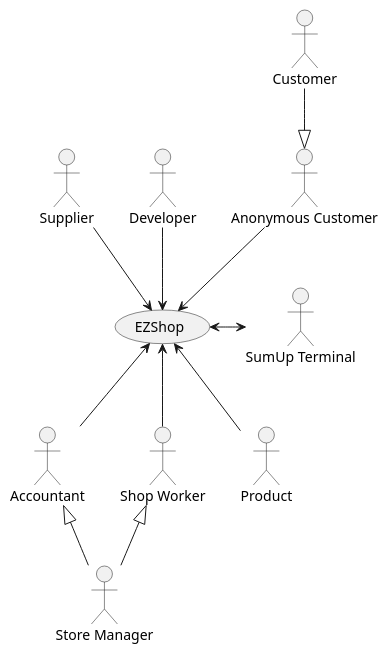
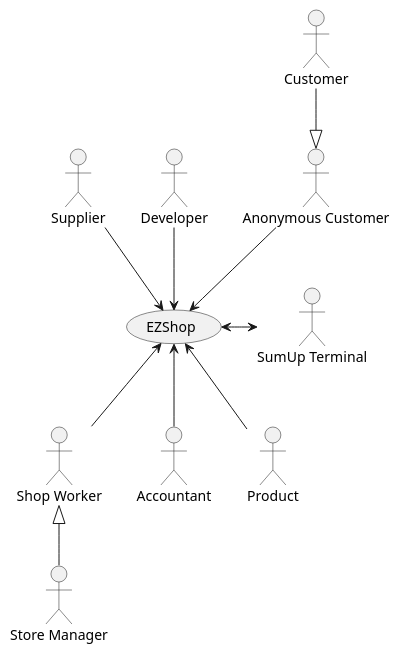
One commit to polito-se2-21-r03/se1-ezshop changed the first of 11 diagrams in Deliverables/RequirementsDocument.md. Above: the diagram before and after it, drawn with PlantUML. The commit also changed other lines of this file, not shown here.

````diff
--- a/Deliverables/RequirementsDocument.md
+++ b/Deliverables/RequirementsDocument.md
@@ -56,27 +56,26 @@
 ```plantuml
 @startuml
 top to bottom direction
 actor :Store Manager: as StoreManager
 
 actor :Shop Worker: as ShopWorker
 actor Accountant
 actor Supplier
 actor Developer
 actor :Anonymous Customer: as AnonCustomer
 actor :SumUp Terminal: as SumUp
 actor Product
 
 Customer -down-|> AnonCustomer
 StoreManager -up-|> ShopWorker
-StoreManager -up-|> Accountant
 
 Accountant -up-> (EZShop)
 ShopWorker -up-> (EZShop)
 
 Product -up-> (EZShop)
 Supplier -down-> (EZShop)
 Developer -down-> (EZShop)
 AnonCustomer -down-> (EZShop)
 SumUp <-left-> (EZShop)
 @enduml
 ```
````
